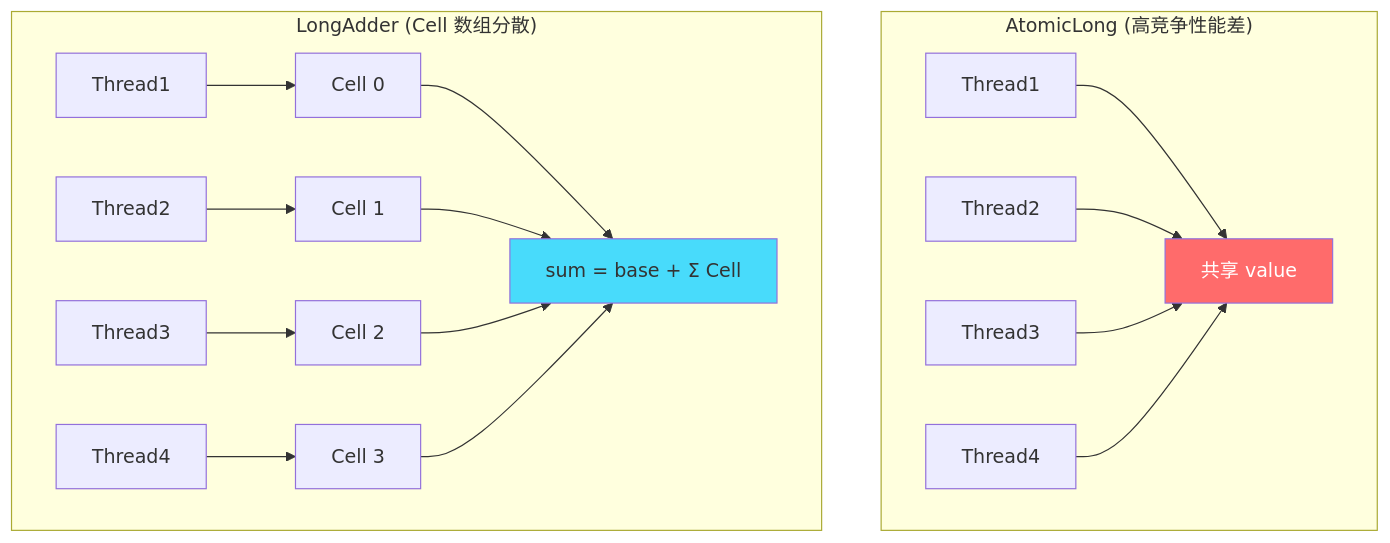
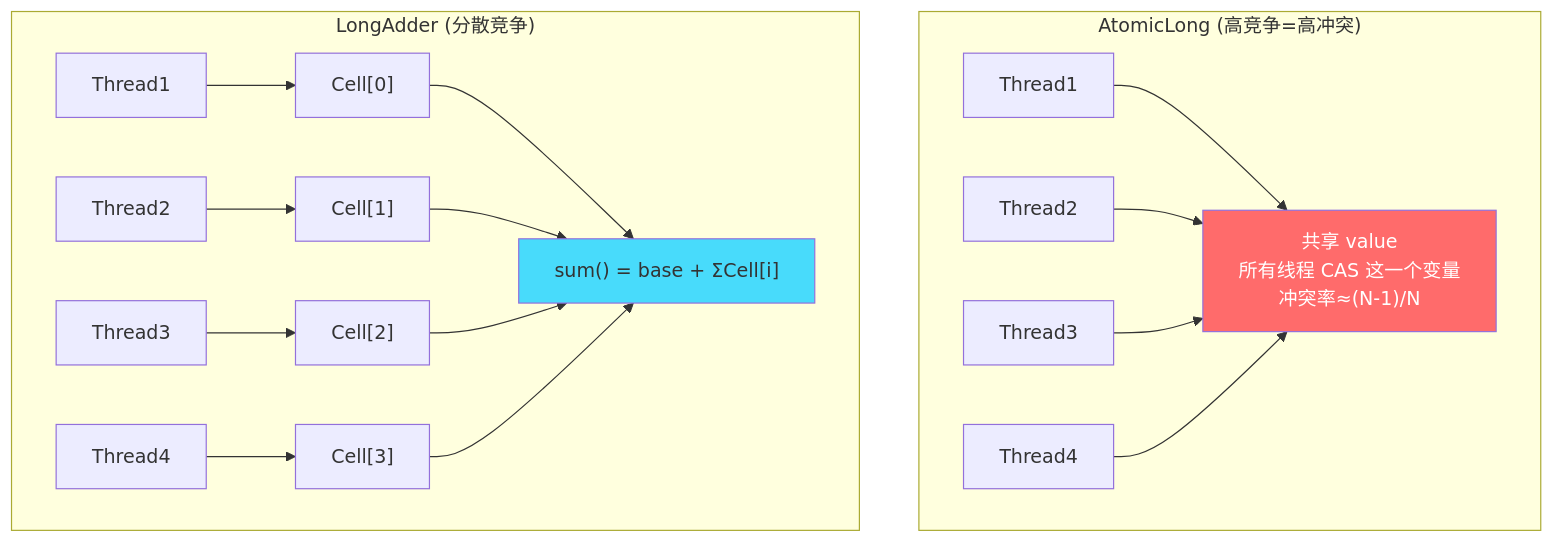
Before and after one commit to qigao0787-ops/gq-test: diagram 20 of 36 in document/strengthen/并发编程面试总结_增强版.md, drawn with Mermaid. The commit also changed other lines of this file, not shown here.

````diff
--- a/document/strengthen/并发编程面试总结_增强版.md
+++ b/document/strengthen/并发编程面试总结_增强版.md
@@ -706,23 +1279,23 @@
 ```mermaid
 flowchart TD
-    subgraph AtomicLong["AtomicLong (高竞争性能差)"]
-        A1[Thread1] --> V[共享 value]
+    subgraph AtomicLong["AtomicLong (高竞争=高冲突)"]
+        A1[Thread1] --> V["共享 value<br/>所有线程 CAS 这一个变量<br/>冲突率≈(N-1)/N"]
         A2[Thread2] --> V
         A3[Thread3] --> V
         A4[Thread4] --> V
     end
 
-    subgraph LongAdder["LongAdder (Cell 数组分散)"]
-        B1[Thread1] --> C1[Cell 0]
-        B2[Thread2] --> C2[Cell 1]
-        B3[Thread3] --> C3[Cell 2]
-        B4[Thread4] --> C4[Cell 3]
-        C1 --> SUM[sum = base + Σ Cell]
+    subgraph LongAdder["LongAdder (分散竞争)"]
+        B1[Thread1] --> C1["Cell[0]"]
+        B2[Thread2] --> C2["Cell[1]"]
+        B3[Thread3] --> C3["Cell[2]"]
+        B4[Thread4] --> C4["Cell[3]"]
+        C1 --> SUM["sum() = base + ΣCell[i]"]
         C2 --> SUM
         C3 --> SUM
         C4 --> SUM
     end
 
     style V fill:#ff6b6b,color:#fff
     style SUM fill:#48dbfb
 ```
````
